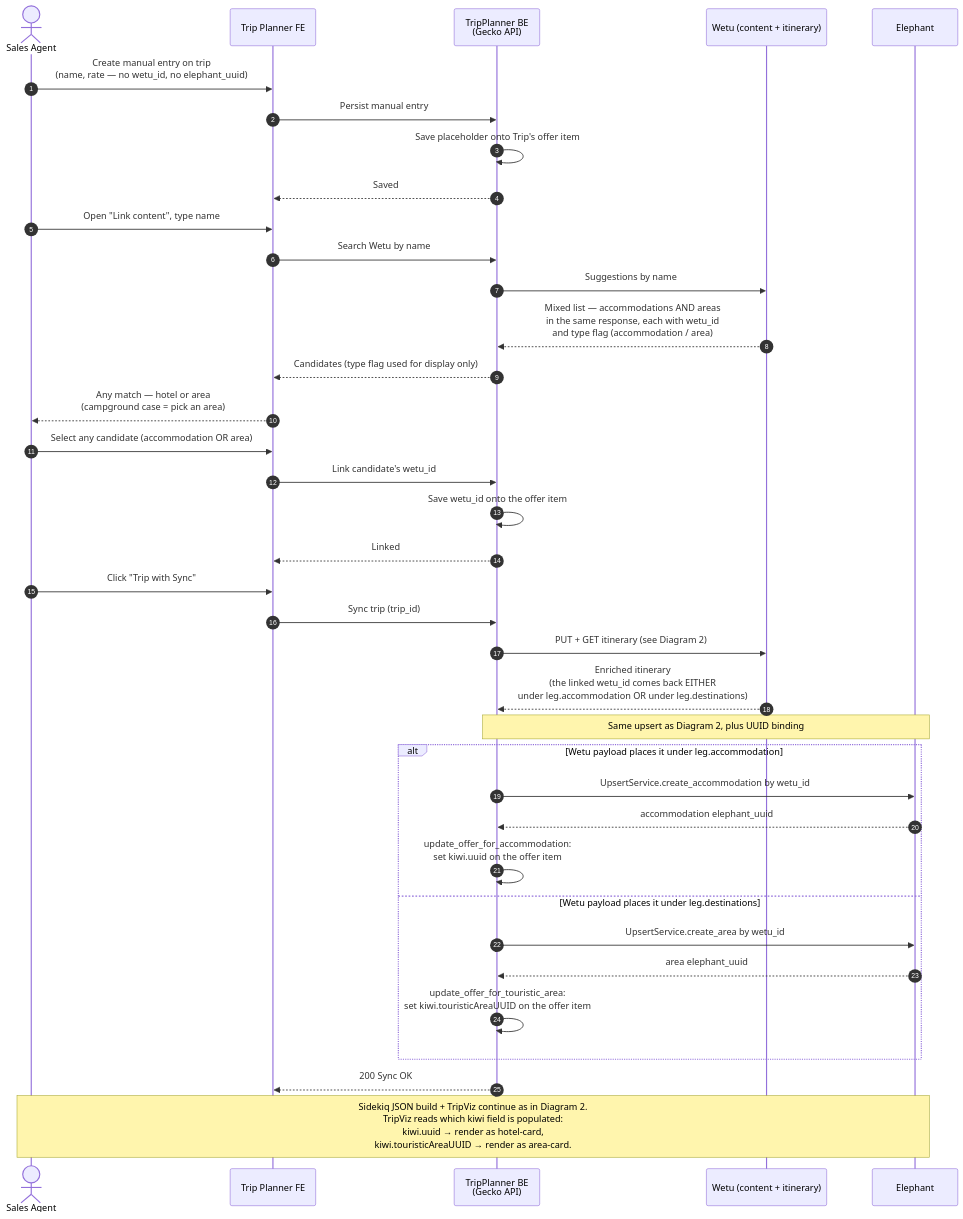
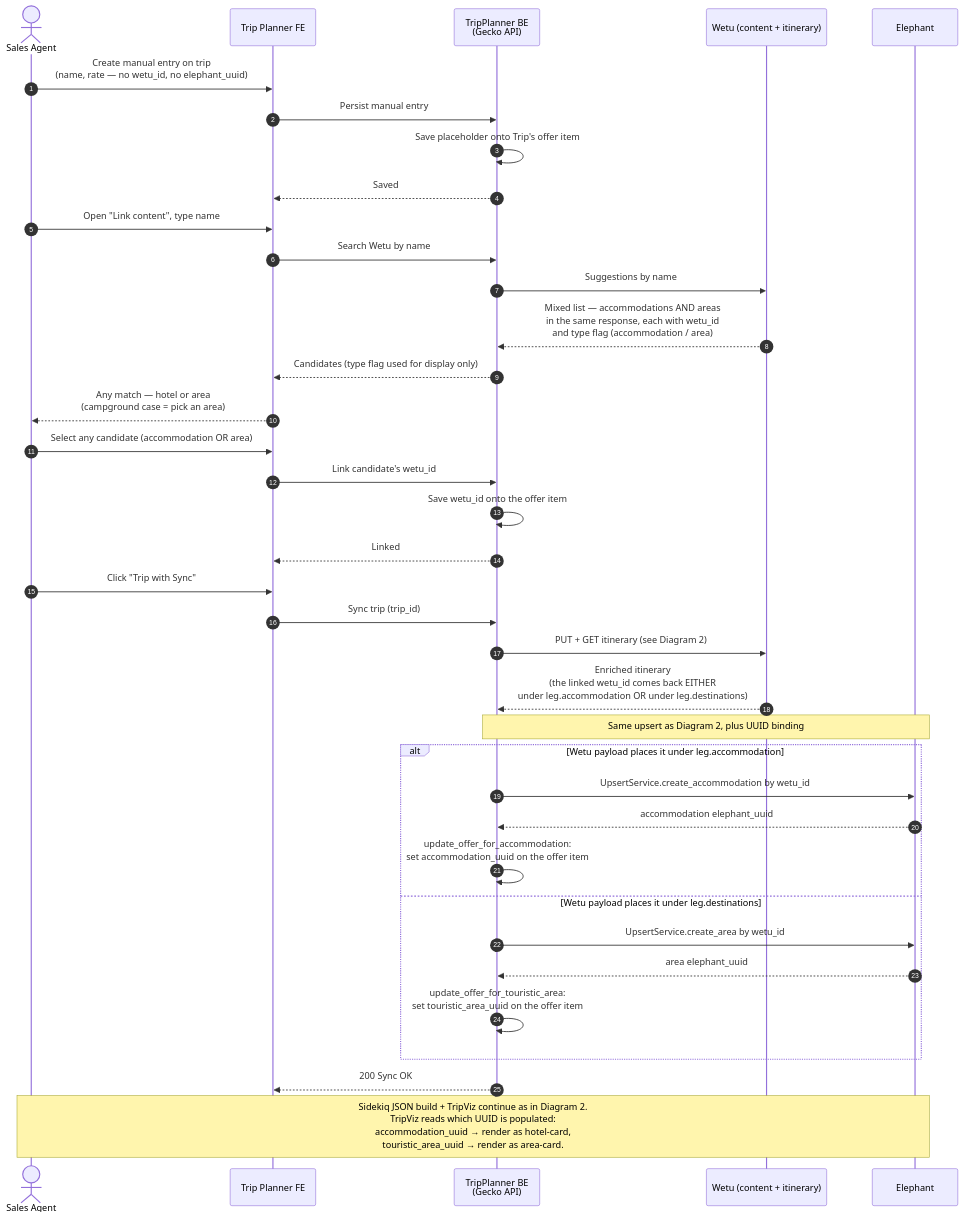
One commit to kliuchnikau-tourlane/ClaudeCowork changed the fourth of 5 diagrams in OUTPUTS/2026-04-24_TripPlannerWetu-sequence-diagrams/TripPlannerWetu_Documentation.md. Above: the diagram before and after it, drawn with Mermaid. The commit also changed other lines of this file, not shown here.

First line of the commit message:
Drop Diagram 4 touchpoints; rework ID storage table

````diff
--- a/OUTPUTS/2026-04-24_TripPlannerWetu-sequence-diagrams/TripPlannerWetu_Documentation.md
+++ b/OUTPUTS/2026-04-24_TripPlannerWetu-sequence-diagrams/TripPlannerWetu_Documentation.md
@@ -178,45 +179,45 @@
 ```mermaid
 sequenceDiagram
     autonumber
     actor Agent as Sales Agent
     participant TP as Trip Planner FE
     participant BE as TripPlanner BE<br/>(Gecko API)
     participant Wetu as Wetu (content + itinerary)
     participant Eleph as Elephant
 
     Agent->>TP: Create manual entry on trip<br/>(name, rate — no wetu_id, no elephant_uuid)
     TP->>BE: Persist manual entry
     BE->>BE: Save placeholder onto Trip's offer item
     BE-->>TP: Saved
 
     Agent->>TP: Open "Link content", type name
     TP->>BE: Search Wetu by name
     BE->>Wetu: Suggestions by name
     Wetu-->>BE: Mixed list — accommodations AND areas<br/>in the same response, each with wetu_id<br/>and type flag (accommodation / area)
     BE-->>TP: Candidates (type flag used for display only)
     TP-->>Agent: Any match — hotel or area<br/>(campground case = pick an area)
 
     Agent->>TP: Select any candidate (accommodation OR area)
     TP->>BE: Link candidate's wetu_id
     BE->>BE: Save wetu_id onto the offer item
     BE-->>TP: Linked
 
     Agent->>TP: Click "Trip with Sync"
     TP->>BE: Sync trip (trip_id)
     BE->>Wetu: PUT + GET itinerary (see Diagram 2)
     Wetu-->>BE: Enriched itinerary<br/>(the linked wetu_id comes back EITHER<br/>under leg.accommodation OR under leg.destinations)
 
     Note over BE,Eleph: Same upsert as Diagram 2, plus UUID binding
     alt Wetu payload places it under leg.accommodation
         BE->>Eleph: UpsertService.create_accommodation by wetu_id
         Eleph-->>BE: accommodation elephant_uuid
-        BE->>BE: update_offer_for_accommodation:<br/>set kiwi.uuid on the offer item
+        BE->>BE: update_offer_for_accommodation:<br/>set accommodation_uuid on the offer item
     else Wetu payload places it under leg.destinations
         BE->>Eleph: UpsertService.create_area by wetu_id
         Eleph-->>BE: area elephant_uuid
-        BE->>BE: update_offer_for_touristic_area:<br/>set kiwi.touristicAreaUUID on the offer item
+        BE->>BE: update_offer_for_touristic_area:<br/>set touristic_area_uuid on the offer item
     end
     BE-->>TP: 200 Sync OK
 
-    Note over Agent,Eleph: Sidekiq JSON build + TripViz continue as in Diagram 2.<br/>TripViz reads which kiwi field is populated:<br/>kiwi.uuid → render as hotel-card,<br/>kiwi.touristicAreaUUID → render as area-card.
+    Note over Agent,Eleph: Sidekiq JSON build + TripViz continue as in Diagram 2.<br/>TripViz reads which UUID is populated:<br/>accommodation_uuid → render as hotel-card,<br/>touristic_area_uuid → render as area-card.
 ```
````
